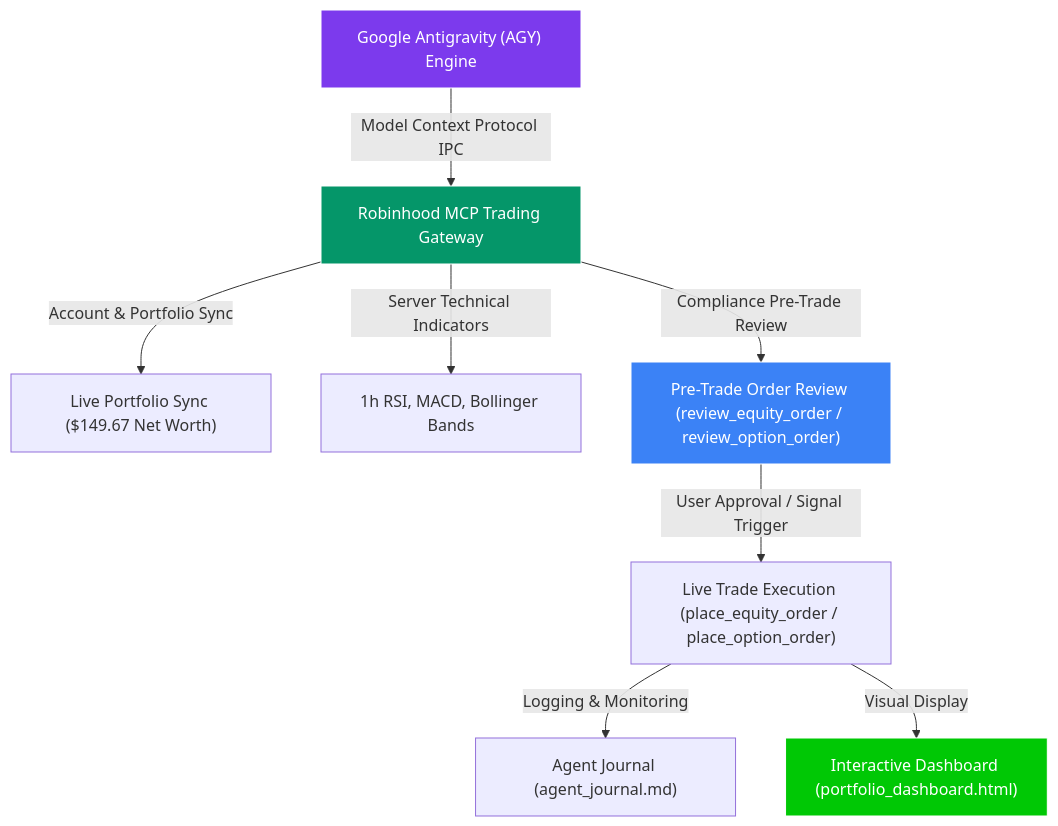
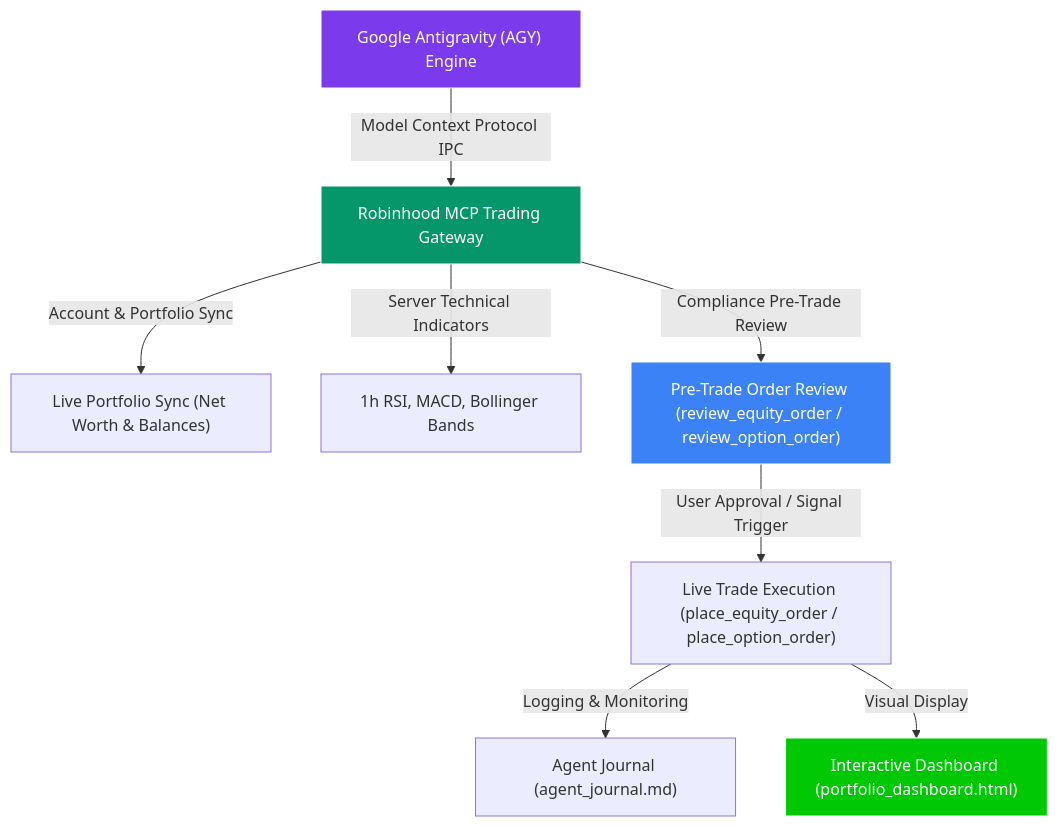
Before and after one commit to xylaes/robinhood-agentic-trading: the diagram in README.md, drawn with Mermaid. The commit also changed other lines of this file and 2 other files, not shown here.

Commit message:
docs: rename Mermaid diagram to System Architecture Diagram and add beginner strategy guides

````diff
--- a/README.md
+++ b/README.md
@@ -16,16 +16,16 @@
 ```mermaid
 graph TD
     AGY["Google Antigravity (AGY) Engine"] -->|Model Context Protocol IPC| MCP["Robinhood MCP Trading Gateway"]
-    MCP -->|Account & Portfolio Sync| Portfolio["Live Portfolio Sync ($149.67 Net Worth)"]
+    MCP -->|Account & Portfolio Sync| Portfolio["Live Portfolio Sync (Net Worth & Balances)"]
     MCP -->|Server Technical Indicators| Analytics["1h RSI, MACD, Bollinger Bands"]
     MCP -->|Compliance Pre-Trade Review| Simulation["Pre-Trade Order Review (review_equity_order / review_option_order)"]
     
     Simulation -->|User Approval / Signal Trigger| Execution["Live Trade Execution (place_equity_order / place_option_order)"]
     Execution -->|Logging & Monitoring| Journal["Agent Journal (agent_journal.md)"]
     Execution -->|Visual Display| Dashboard["Interactive Dashboard (portfolio_dashboard.html)"]
 
     style AGY fill:#7c3aed,stroke:#fff,color:#fff
     style MCP fill:#059669,stroke:#fff,color:#fff
     style Simulation fill:#3b82f6,stroke:#fff,color:#fff
     style Dashboard fill:#00c805,stroke:#fff,color:#fff
 ```
````
